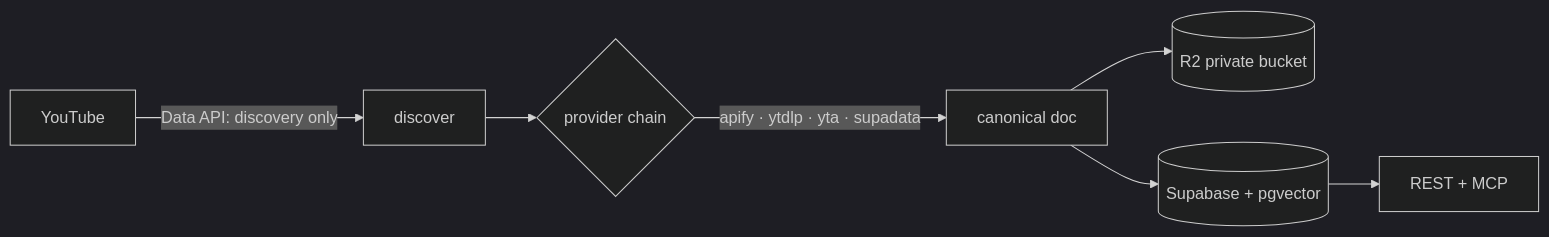
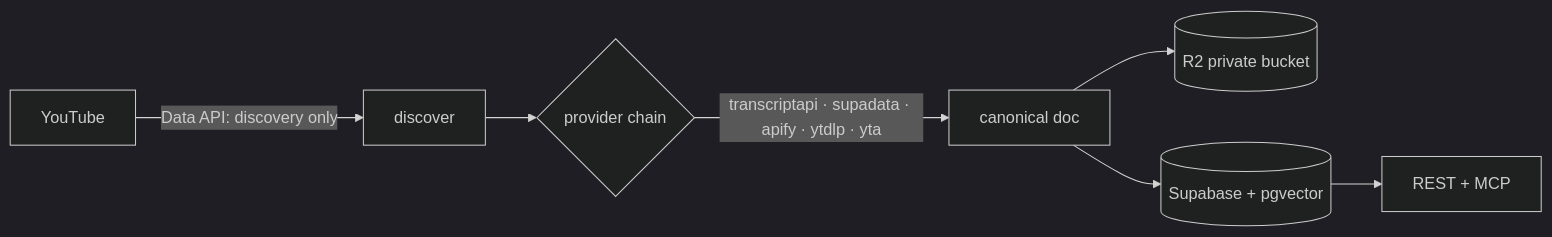
The diagram in README.md (AdarshJ173/minuta), drawn with Mermaid (dark theme) before and after one commit. The commit also changed other lines of this file and 16 other files, not shown here.

````diff
--- a/README.md
+++ b/README.md
@@ -44,9 +44,9 @@
 ```mermaid
 flowchart LR
     YT[YouTube] -->|Data API: discovery only| D[discover]
     D --> P{provider chain}
-    P -->|apify · ytdlp · yta · supadata| C[canonical doc]
+    P -->|transcriptapi · supadata · apify · ytdlp · yta| C[canonical doc]
     C --> R2[(R2 private bucket)]
     C --> PG[(Supabase + pgvector)]
     PG --> API[REST + MCP]
 ```
````
